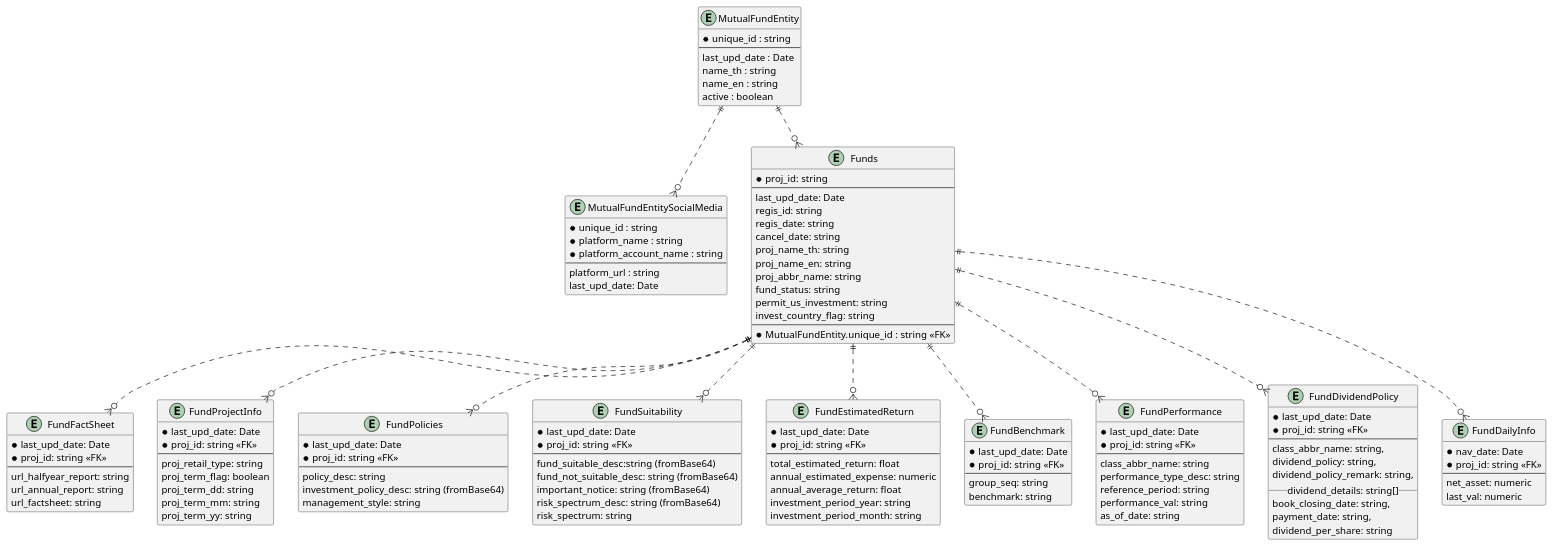
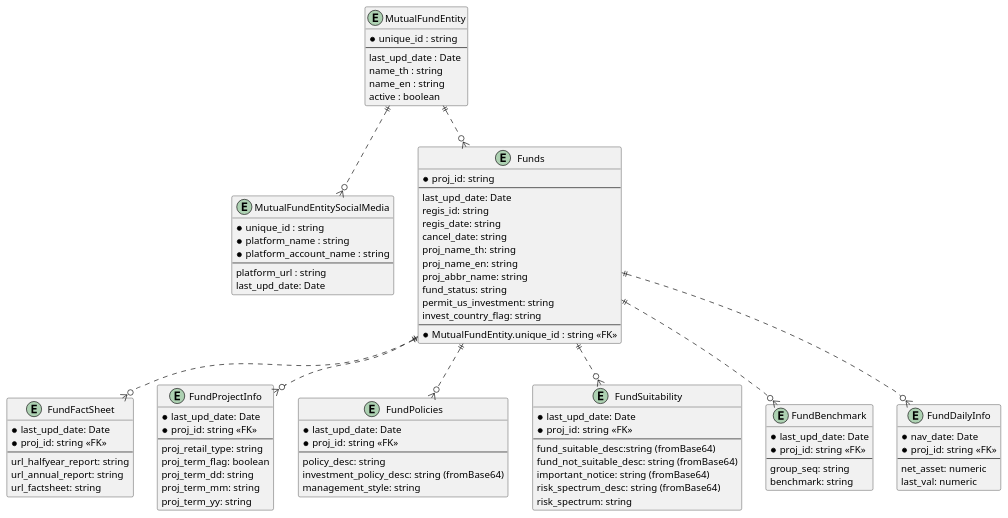
Before and after one commit to FaiiFaiipuipui/CuHighTech24Hackathon_Backend: the diagram in documentation/DatabaseERD.puml, drawn with PlantUML. The commit also changed 2 other files, not shown here.

```diff
--- a/documentation/DatabaseERD.puml
+++ b/documentation/DatabaseERD.puml
@@ -1,176 +1,135 @@
 @startuml Database
 
 /' SEC Fund Factsheet API 01 y'/
 entity MutualFundEntity {
     *unique_id : string
     /' รหัสบลจ '/
     --
     last_upd_date : Date
     name_th : string
     name_en : string
     active : boolean
 }
 
 entity MutualFundEntitySocialMedia {
     *unique_id : string
     *platform_name : string
     *platform_account_name : string
     --
     platform_url : string
     last_upd_date: Date
 }
 
 /' SEC Fund Factsheet API 02 y'/
 entity Funds {
     * proj_id: string
     --
     last_upd_date: Date
     regis_id: string
     regis_date: string
     cancel_date: string
     proj_name_th: string
     proj_name_en: string
     proj_abbr_name: string
     fund_status: string
     /'สถานะกอง
     SE = อนุมัติ(อยู่ระหว่าง Filing)
     EX = หมดเวลาเสนอขาย
     RG = จดทะเบียน
     CA = เลิกโครงการ
     LI = จดทะเบียนเลิก '/
     permit_us_investment: string
     invest_country_flag: string
     /' การลงทุนต่างประเทศ
 	1 = กองทุนรวมที่เน้นลงทุนแบบมีความเสี่ยงต่างประเทศ
 	2 = ลงทุนในต่างประเทศบางส่วน
 	3 = กองทุนที่ลงทุนแบบไม่มีความเสี่ยงต่างประเทศ
 	4 = กองทุนที่ลงทุนแบบมีความเสี่ยงทั้งในและต่างประเทศ '/
     --
     * MutualFundEntity.unique_id : string <<FK>>
 }
 
 /' SEC Fund Factsheet API 04 y'/
 entity FundFactSheet {
     * last_upd_date: Date
     * proj_id: string <<FK>>
     --
     url_halfyear_report: string
     url_annual_report: string
     url_factsheet: string
 }
 
 /' SEC Fund Factsheet API 07 '/
 entity FundProjectInfo {
     * last_upd_date: Date
     * proj_id: string <<FK>>
     --
     proj_retail_type: string
     /'     ลักษณะโครงการ -- R , A , N , G , X, H , {null}  
     A กองทุนรวมที่เสนอขายเฉพาะผู้ลงทุนที่มิใช่รายย่อย
     B กองทุนรวมที่เสนอขายเฉพาะผู้มีเงินลงทุนสูง
     G กองทุนรวมพิเศษเพื่อตอบสนองนโยบายภาครัฐ
     H กองทุนรวมที่เสนอขายผู้ลงทุนที่มิใช่รายย่อยและผู้มีเงินลงทุนสูง
     N กองทุนเพื่อผู้ลงทุนสถาบัน
     R กองทุนเพื่อผู้ลงทุนทั่วไป
     X กองทุนรวมที่เสนอขายผู้ลงทุนสถาบันและผู้ลงทุนรายใหญ่พิเศษ  '/
     proj_term_flag: boolean
     proj_term_dd: string
     proj_term_mm: string
     proj_term_yy: string
 }
 
 /' SEC Fund Factsheet API 08 '/
 entity FundPolicies {
     * last_upd_date: Date
     * proj_id: string <<FK>>
     --
     policy_desc: string
     investment_policy_desc: string (fromBase64)
     management_style: string
     /' กลยุทธ์การบริหารจัดการกองทุน (Management Style) AM = มุ่งหวังให้ผลประกอบการสูงกว่าดัชนีชี้วัด (active management) BH = มีกลยุทธ์การลงทุนครั้งเดียว (buy-and-hold) SM = มุ่งหวังให้ผลประกอบการเคลื่อนไหวตามดัชนีชี้วัด และในบางโอกาสอาจสร้างผลตอบแทนสูงกว่าดัชนีชี้วัด OT = อื่น ๆ PM = มุ่งหวังให้ผลประกอบการเคลื่อนไหวตามดัชนีชี้วัด (passive management/index tracking) '/
 }
 
 /' SEC Fund Factsheet API 12 y'/
 entity FundSuitability {
     * last_upd_date: Date
     * proj_id: string <<FK>>
     --
     fund_suitable_desc:string (fromBase64)
     fund_not_suitable_desc: string (fromBase64)
     important_notice: string (fromBase64)
     risk_spectrum_desc: string (fromBase64)
     risk_spectrum: string
     /' Risk Spectrum: 1 - 8+ '/
 }
 
-/' SEC Fund Factsheet API 16 y'/
-entity FundEstimatedReturn {
-    * last_upd_date: Date
-    * proj_id: string <<FK>>
-    --
-    total_estimated_return: float
-    annual_estimated_expense: numeric
-    annual_average_return: float
-    investment_period_year: string
-    investment_period_month: string
-}
-
 /' SEC Fund Factsheet API 18 y'/
 entity FundBenchmark {
     * last_upd_date: Date
     * proj_id: string <<FK>>
     --
     group_seq: string
     benchmark: string
-}
-
-/' SEC Fund Factsheet API 22 '/
-entity FundPerformance {
-    * last_upd_date: Date
-    * proj_id: string <<FK>>
-    --
-    class_abbr_name: string
-    performance_type_desc: string
-    reference_period: string
-    performance_val: string
-    as_of_date: string
-}
-
-/' SEC Fund Factsheet API 24 y'/
-entity FundDividendPolicy {
-    * last_upd_date: Date
-    * proj_id: string <<FK>>
-    --
-    class_abbr_name: string,
-    dividend_policy: string,
-    dividend_policy_remark: string,
-    __dividend_details: string[]__
-    book_closing_date: string,
-    payment_date: string,
-    dividend_per_share: string
 }
 
 /' SEC Fund Daily Info API 01 y'/
 entity FundDailyInfo {
     * nav_date: Date
     /' Net Asset Value Date '/
     * proj_id: string <<FK>>
     --
     net_asset: numeric
     last_val: numeric
 }
 
 /' Entity Relations '/
 MutualFundEntity ||..o{ Funds
 MutualFundEntity ||..o{ MutualFundEntitySocialMedia
 Funds ||..o{ FundDailyInfo
 Funds ||..o{ FundPolicies
 Funds ||..o{ FundBenchmark
-Funds ||..o{ FundDividendPolicy
-Funds ||..o{ FundPerformance
 Funds ||..o{ FundSuitability
-Funds ||..o{ FundEstimatedReturn
 Funds ||..o{ FundFactSheet
 Funds ||..o{ FundProjectInfo
 
 @enduml
```
